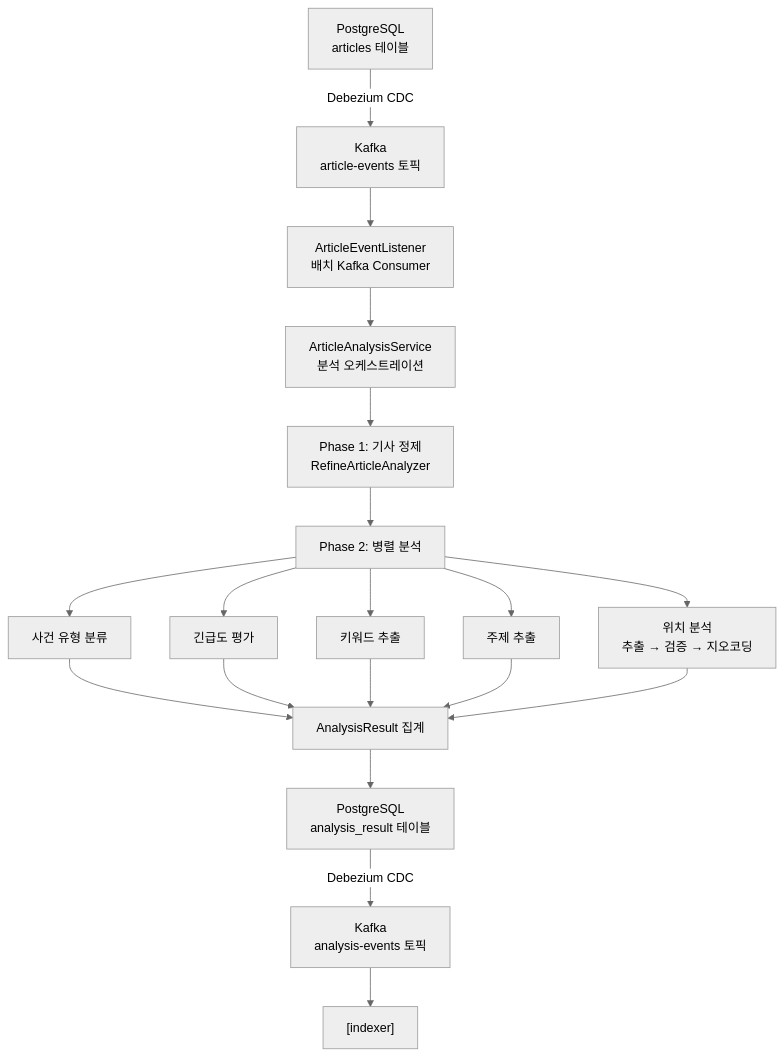
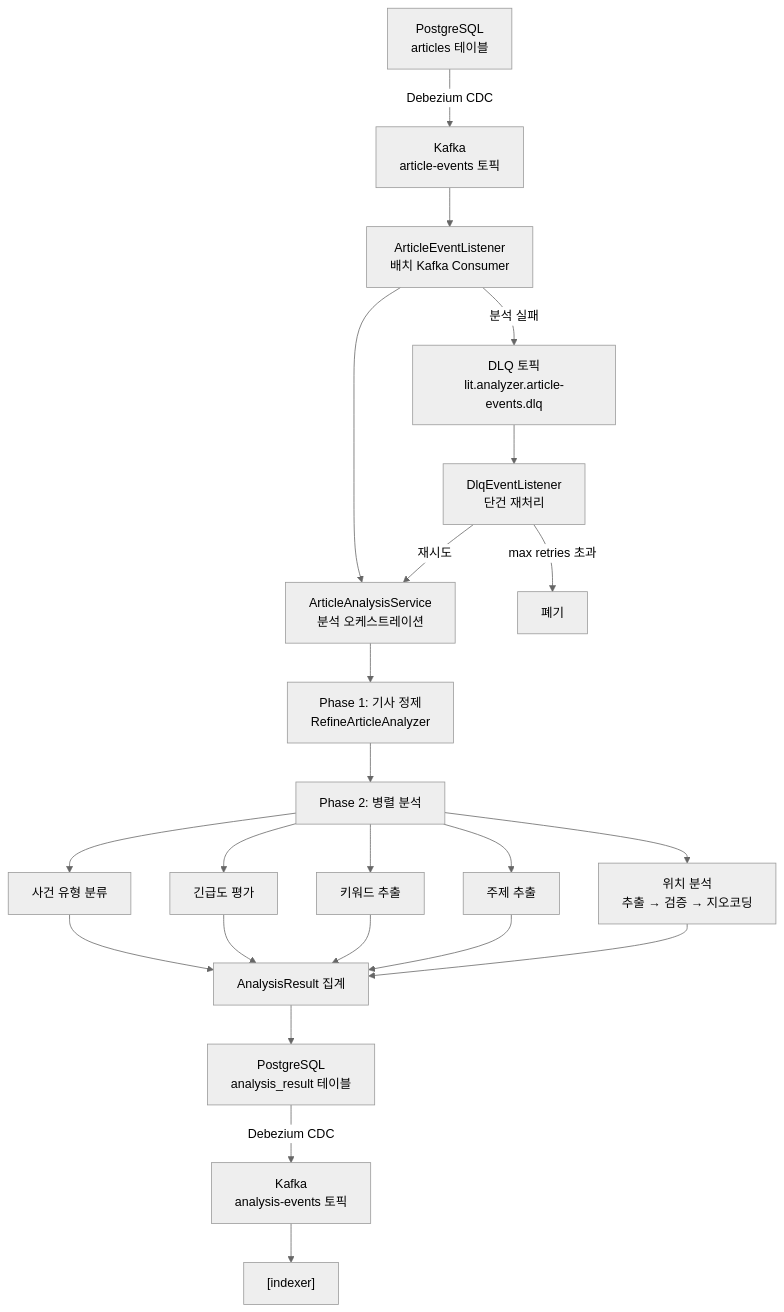
One commit to vonkernel/local-incident-tracker changed the first of 4 diagrams in analyzer/README.md. Above: the diagram before and after it, drawn with Mermaid (neutral theme). The commit also changed other lines of this file and 38 other files, not shown here.

First line of the commit message:
Add DLQ mechanism for CDC event processing failures (#16)

````diff
--- a/analyzer/README.md
+++ b/analyzer/README.md
@@ -38,17 +38,21 @@
 ```mermaid
 flowchart TD
     A[PostgreSQL<br/>articles 테이블] -->|Debezium CDC| B[Kafka<br/>article-events 토픽]
     B --> C[ArticleEventListener<br/>배치 Kafka Consumer]
     C --> D[ArticleAnalysisService<br/>분석 오케스트레이션]
     D --> E[Phase 1: 기사 정제<br/>RefineArticleAnalyzer]
     E --> F[Phase 2: 병렬 분석]
     F --> F1[사건 유형 분류]
     F --> F2[긴급도 평가]
     F --> F3[키워드 추출]
     F --> F4[주제 추출]
     F --> F5[위치 분석<br/>추출 → 검증 → 지오코딩]
     F1 & F2 & F3 & F4 & F5 --> G[AnalysisResult 집계]
     G --> H[PostgreSQL<br/>analysis_result 테이블]
     H -->|Debezium CDC| I[Kafka<br/>analysis-events 토픽]
     I --> J["[indexer]"]
+    C -->|분석 실패| K[DLQ 토픽<br/>lit.analyzer.article-events.dlq]
+    K --> L[DlqEventListener<br/>단건 재처리]
+    L -->|재시도| D
+    L -->|max retries 초과| M[폐기]
 ```
````
